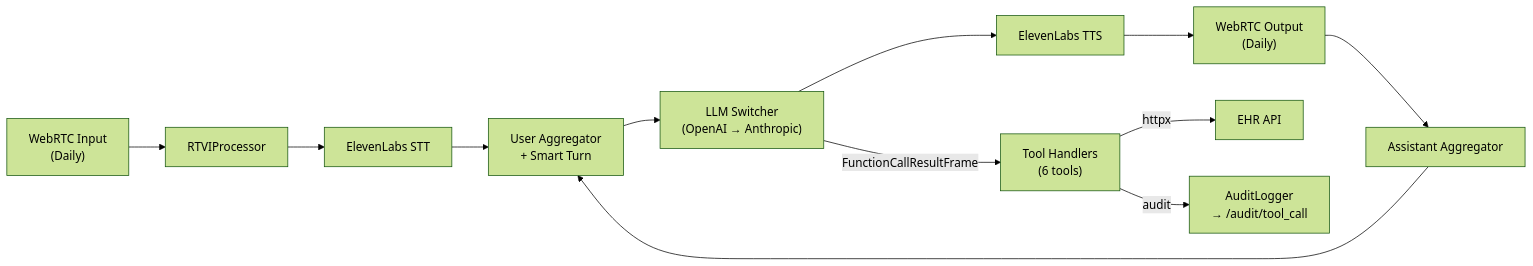
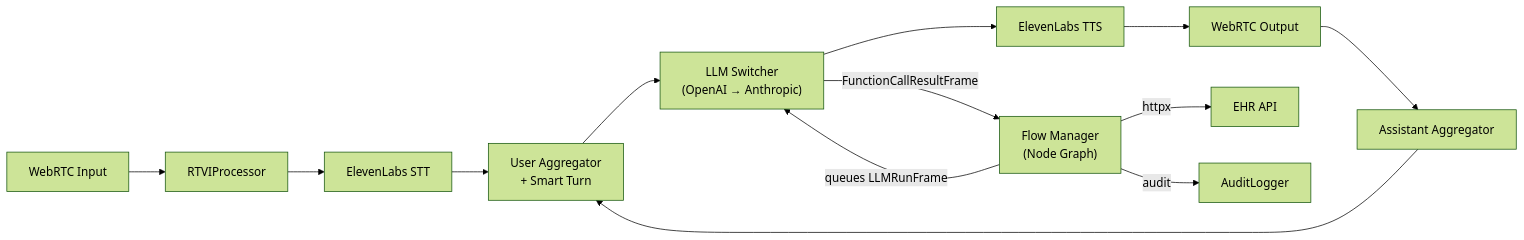
Before and after one commit to bielupc/prosper-challenge: the second of 5 diagrams in SOLUTION.md, drawn with Mermaid (forest theme). The commit also changed other lines of this file and 28 other files, not shown here.

````diff
--- a/SOLUTION.md
+++ b/SOLUTION.md
@@ -79,15 +82,16 @@
 ```mermaid
 flowchart LR
-    A["WebRTC Input\n(Daily)"] --> B["RTVIProcessor"]
+    A["WebRTC Input"] --> B["RTVIProcessor"]
     B --> C["ElevenLabs STT"]
     C --> D["User Aggregator\n+ Smart Turn"]
     D --> E["LLM Switcher\n(OpenAI → Anthropic)"]
     E --> F["ElevenLabs TTS"]
-    F --> G["WebRTC Output\n(Daily)"]
+    F --> G["WebRTC Output"]
     G --> H["Assistant Aggregator"]
     H --> D
 
-    E -->|FunctionCallResultFrame| I["Tool Handlers\n(6 tools)"]
+    E -->|FunctionCallResultFrame| I["Flow Manager\n(Node Graph)"]
+    I -->|queues LLMRunFrame| E
     I -->|httpx| J["EHR API"]
-    I -->|audit| K["AuditLogger\n→ /audit/tool_call"]
+    I -->|audit| K["AuditLogger"]
 ```
````
